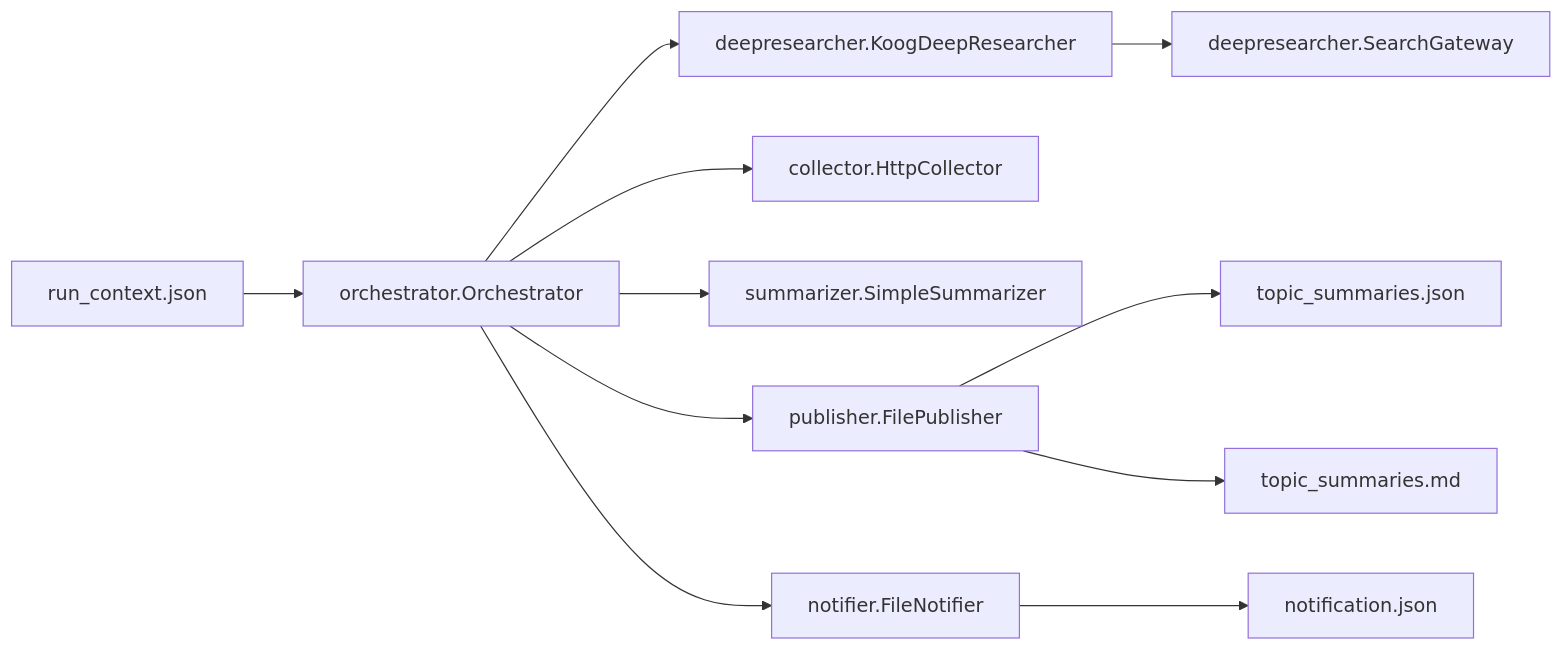
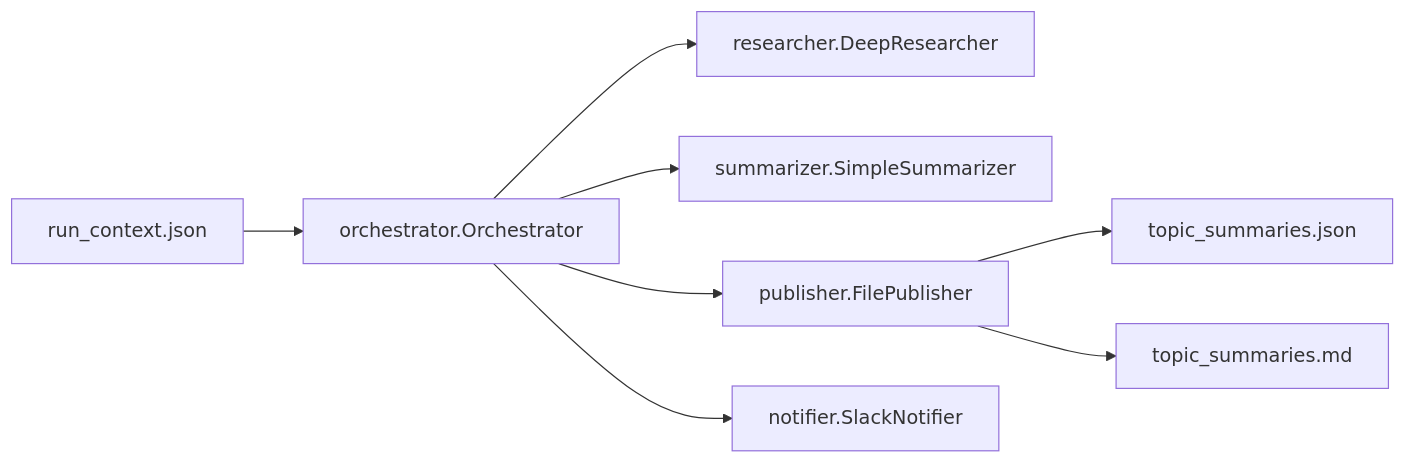
The first of 2 diagrams in README.md (hondaya14/bulknews-agent), drawn with Mermaid before and after one commit. The commit also changed other lines of this file and 21 other files, not shown here.

````diff
--- a/README.md
+++ b/README.md
@@ -25,13 +24,10 @@
 ```mermaid
 flowchart LR
   RC[run_context.json] --> ORCH[orchestrator.Orchestrator]
-  ORCH --> DR[deepresearcher.KoogDeepResearcher]
-  DR --> SG[deepresearcher.SearchGateway]
-  ORCH --> COL[collector.HttpCollector]
+  ORCH --> DR[researcher.DeepResearcher]
   ORCH --> SUM[summarizer.SimpleSummarizer]
   ORCH --> PUB[publisher.FilePublisher]
-  ORCH --> NOTI[notifier.FileNotifier]
+  ORCH --> NOTI[notifier.SlackNotifier]
   PUB --> OUTJSON[topic_summaries.json]
   PUB --> OUTMD[topic_summaries.md]
-  NOTI --> NOTIF[notification.json]
 ```
````
